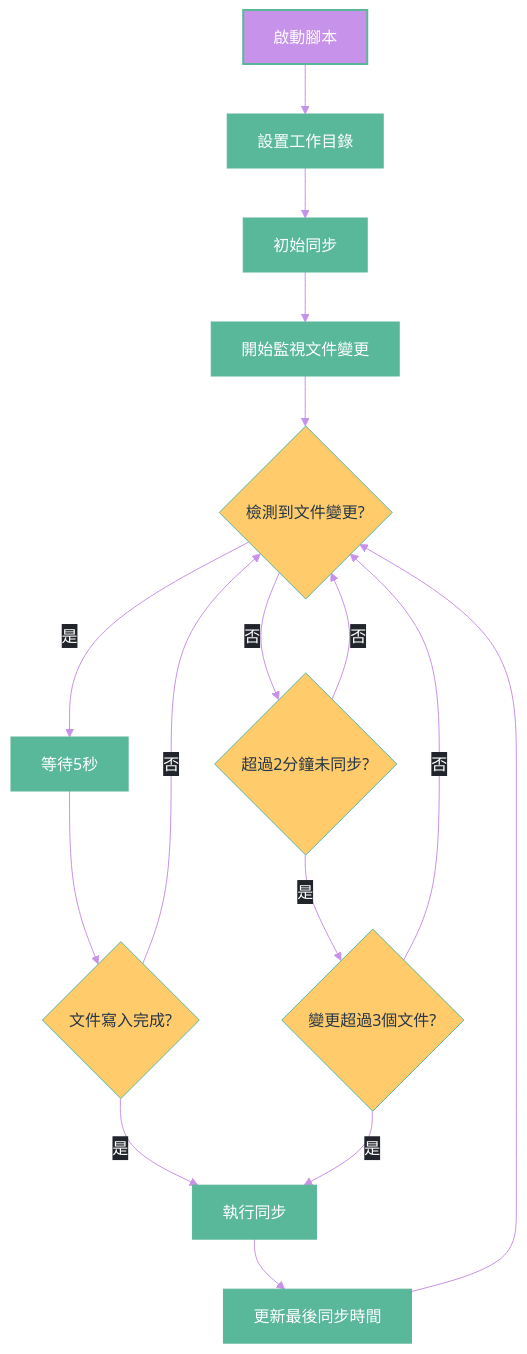
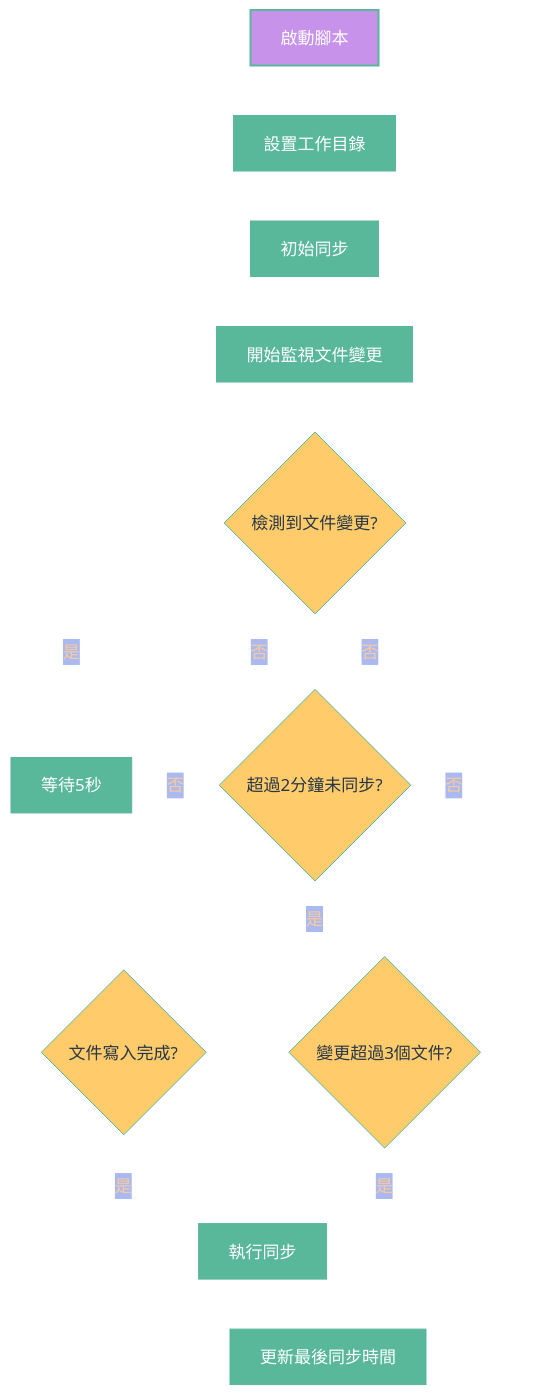
The second of 2 diagrams in Logseq同步方案演進記錄.md (GengGeng026/Sync-Logseq), drawn with Mermaid before and after one commit.

Commit message:
Auto-sync: Wed Mar 26 10:09:13 +08 2025

````diff
--- a/Logseq同步方案演進記錄.md
+++ b/Logseq同步方案演進記錄.md
@@ -375,52 +375,50 @@
 ```mermaid
 %%{init: {
   'theme': 'base', 
   'themeVariables': {
-    'primaryColor': '#651FFF',
-    'primaryTextColor': '#FFFFFF',
-    'primaryBorderColor': '#59B79A',
-    'lineColor': '#C792EA',
-    'secondaryColor': '#FFCB6B',
-    'tertiaryColor': '#F07178',
+    'primaryTextColor': '#FEC999',
+    'primaryColor': '#19E9D9',
+    'secondaryColor': '#AABAF1',
+    'tertiaryColor': '#FCE4D9',
+    'primaryBorderColor': '#A9D9D9',
     'background': 'transparent',
-    'textColor': '#EEFFFF',
-    'mainBkg': '#273747',
-    'nodeBorder': '#59B79A',
     'clusterBkg': 'transparent',
-    'edgeLabelBackground': '#21252B'
+    'fontFamily': 'default',
+    'fontSize': '17px',
+    'fontWeight': 'normal'
   },
   'flowchart': {
     'curve': 'basis',
     'nodeSpacing': 50,
     'rankSpacing': 50,
     'padding': 15
   }
 }}%%
 flowchart TD
     %% 節點樣式優化
     classDef start fill:#C792EA,stroke:#59B79A,color:#FFFFFF,stroke-width:2px;
     classDef process fill:#59B79A,stroke:#59B79A,color:#FFFFFF,stroke-width:1px;
     classDef condition fill:#FFCB6B,stroke:#59B79A,color:#273747,stroke-width:1px,shape:diamond;
     classDef action fill:#F07178,stroke:#59B79A,color:#FFFFFF,stroke-width:1px;
     
     A[啟動腳本] --> B[設置工作目錄]
     B --> C[初始同步]
     C --> D[開始監視文件變更]
     D --> E{檢測到文件變更?}
     E -->|是| F[等待5秒]
     F --> G{文件寫入完成?}
     G -->|是| H[執行同步]
     G -->|否| E
     E -->|否| I{超過2分鐘未同步?}
     I -->|是| J{變更超過3個文件?}
     J -->|是| H
     J -->|否| E
     I -->|否| E
     H --> K[更新最後同步時間]
     K --> E
     
     %% 應用樣式
     class A start;
     class B,C,D,F,H,K process;
     class E,G,I,J condition;
 ```
````
